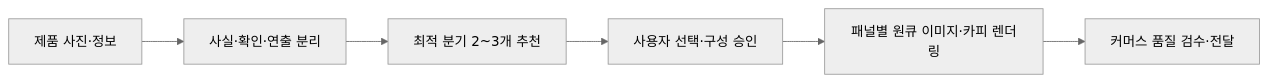
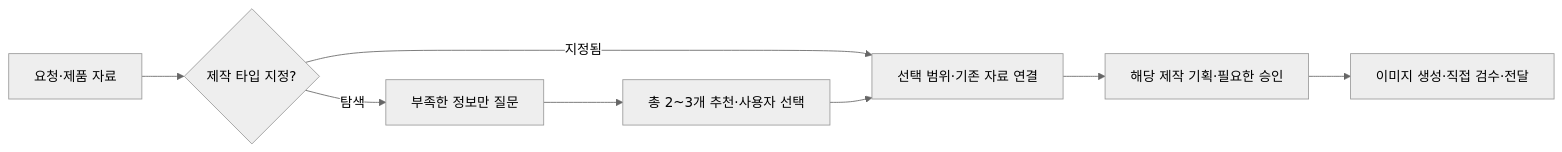
One commit to techtreecoltd/machinebot-sangse-maker changed the diagram in README.md. Above: the diagram before and after it, drawn with Mermaid (neutral theme). The commit also changed other lines of this file and 39 other files, not shown here.

````diff
--- a/README.md
+++ b/README.md
@@ -36,8 +40,10 @@
 ```mermaid
 flowchart LR
-    A[제품 사진·정보] --> B[사실·확인·연출 분리]
-    B --> C[최적 분기 2~3개 추천]
-    C --> D[사용자 선택·구성 승인]
-    D --> E[패널별 원큐 이미지·카피 렌더링]
-    E --> F[커머스 품질 검수·전달]
+    A[요청·제품 자료] --> B{제작 타입 지정?}
+    B -->|탐색| C[부족한 정보만 질문]
+    C --> D[총 2~3개 추천·사용자 선택]
+    B -->|지정됨| E[선택 범위·기존 자료 연결]
+    D --> E
+    E --> F[해당 제작 기획·필요한 승인]
+    F --> G[이미지 생성·직접 검수·전달]
 ```
````
